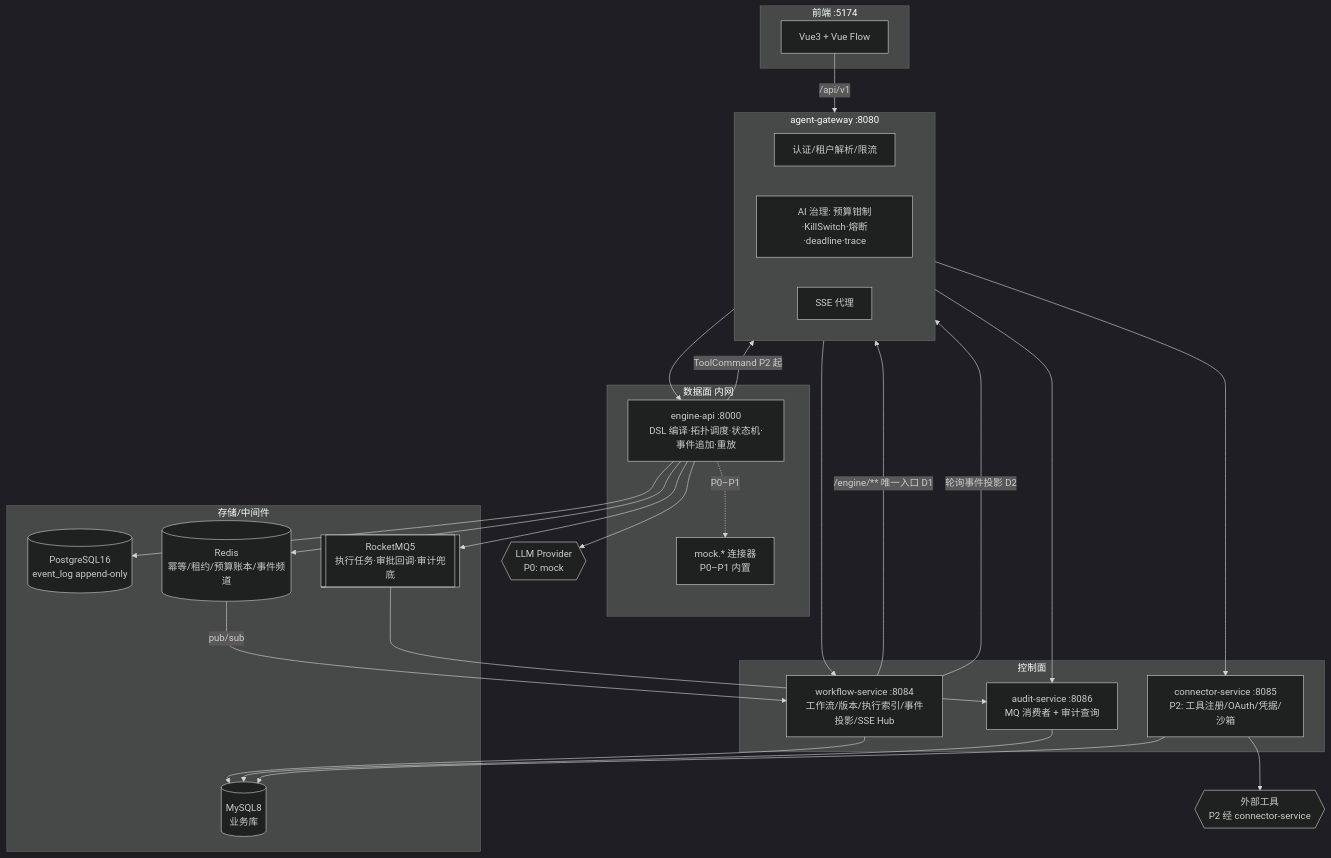
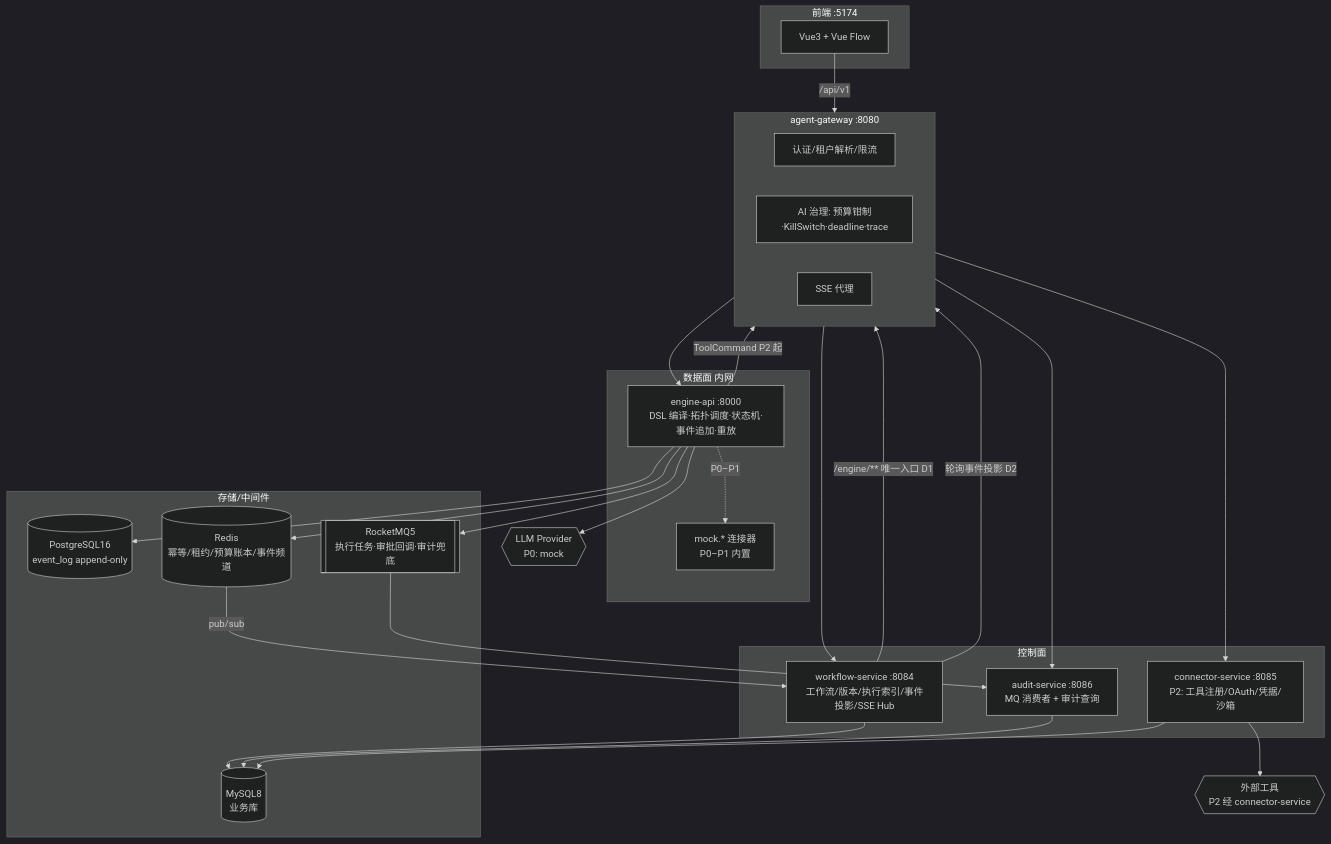
One commit to ybw0405-study/AgentFlow changed the first of 3 diagrams in docs/architecture.md. Above: the diagram before and after it, drawn with Mermaid (dark theme). The commit also changed other lines of this file and 11 other files, not shown here.

````diff
--- a/docs/architecture.md
+++ b/docs/architecture.md
@@ -28,53 +28,53 @@
 ```mermaid
 flowchart TB
     subgraph FE[前端 :5174]
         VUE[Vue3 + Vue Flow]
     end
 
     subgraph GW[agent-gateway :8080]
         SEC[认证/租户解析/限流]
-        GOV[AI 治理: 预算钳制·KillSwitch·熔断·deadline·trace]
+        GOV[AI 治理: 预算钳制·KillSwitch·deadline·trace]
         SSEP[SSE 代理]
     end
 
     subgraph CP[控制面]
         WF[workflow-service :8084<br/>工作流/版本/执行索引/事件投影/SSE Hub]
         CONN[connector-service :8085<br/>P2: 工具注册/OAuth/凭据/沙箱]
         AUD[audit-service :8086<br/>MQ 消费者 + 审计查询]
     end
 
     subgraph DP[数据面 内网]
         ENG[engine-api :8000<br/>DSL 编译·拓扑调度·状态机·事件追加·重放]
         MOCK[mock.* 连接器<br/>P0–P1 内置]
     end
 
     subgraph STORE[存储/中间件]
         MYSQL[(MySQL8<br/>业务库)]
         PG[(PostgreSQL16<br/>event_log append-only)]
         REDIS[(Redis<br/>幂等/租约/预算账本/事件频道)]
         MQ[[RocketMQ5<br/>执行任务·审批回调·审计兜底]]
     end
 
     LLM{{LLM Provider<br/>P0: mock}}
     TOOL{{外部工具<br/>P2 经 connector-service}}
 
     VUE -->|/api/v1| GW
     GW --> WF
     GW --> CONN
     GW --> AUD
     WF -->|/engine/** 唯一入口 D1| GW
     GW --> ENG
     ENG -->|ToolCommand P2 起| GW
     ENG --> PG
     ENG --> REDIS
     ENG --> MQ
     ENG --> LLM
     ENG -.->|P0–P1| MOCK
     WF --> MYSQL
     AUD --> MYSQL
     CONN --> MYSQL
     WF -->|轮询事件投影 D2| GW
     REDIS -->|pub/sub| WF
     MQ --> AUD
     CONN --> TOOL
 ```
````
